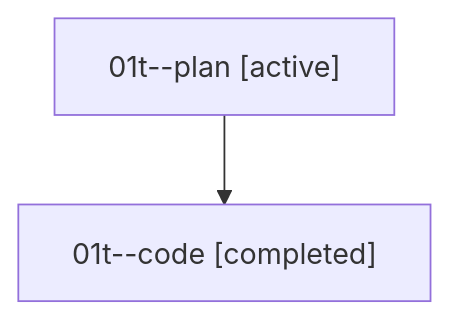
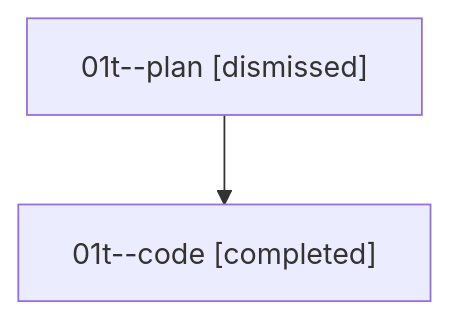
The diagram in sessions/bbugyi200.athena.01t.md (sase-org/sase--agents), drawn with Mermaid before and after one commit. The commit also changed other lines of this file and 27 other files, not shown here.

````diff
--- a/sessions/bbugyi200.athena.01t.md
+++ b/sessions/bbugyi200.athena.01t.md
@@ -9,6 +9,6 @@
 ```mermaid
 flowchart TD
-  n0["01t--plan [active]"]
+  n0["01t--plan [dismissed]"]
   n1["01t--code [completed]"]
   n0 --> n1
 ```
````
